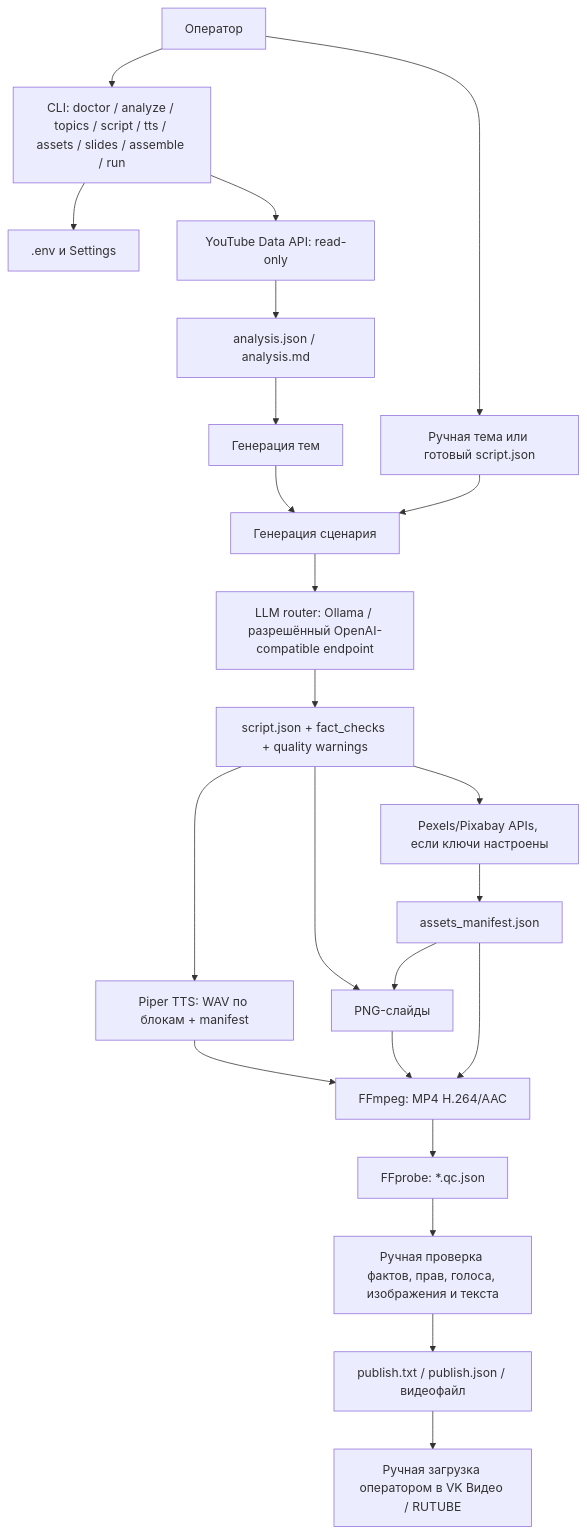
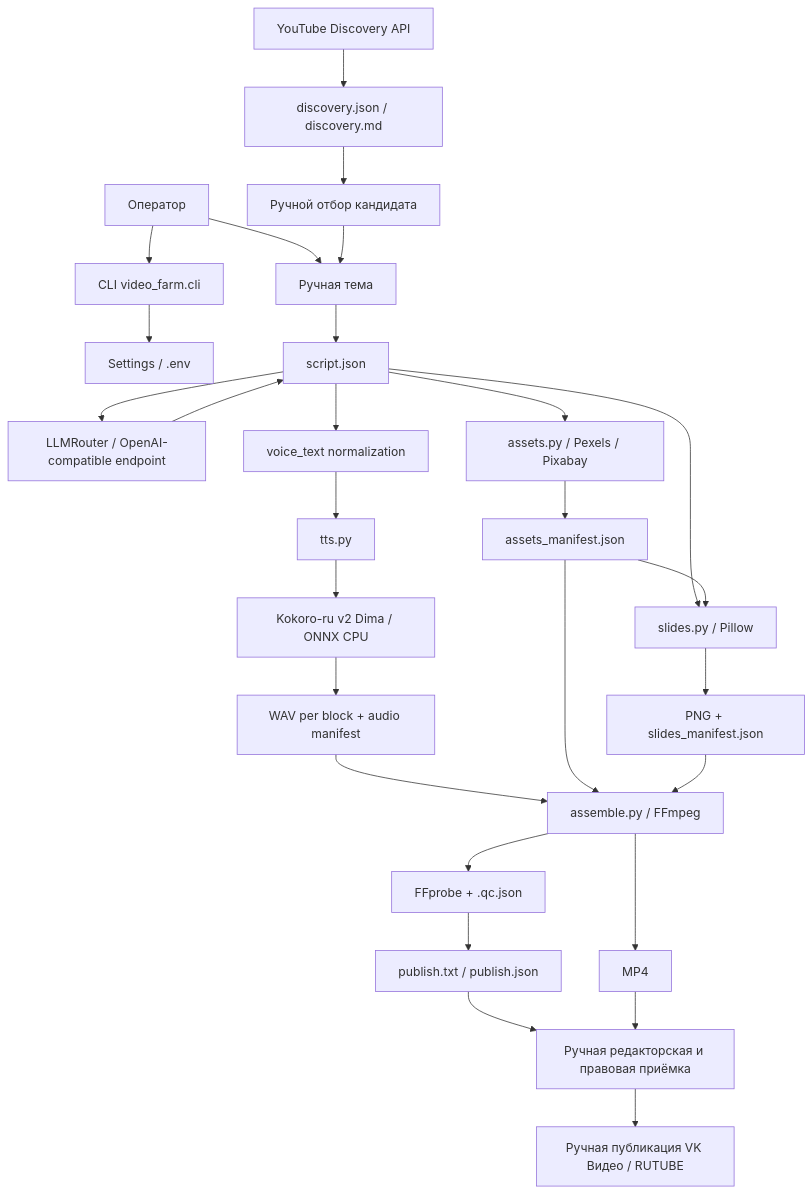
The diagram in docs/02_architecture.md (PurusCode/AI_Video_Factory_RU), drawn with Mermaid before and after one commit. The commit also changed other lines of this file and 7 other files, not shown here.

Commit message:
Refresh architecture and production E2E documentation

````diff
--- a/docs/02_architecture.md
+++ b/docs/02_architecture.md
@@ -59,25 +38,30 @@
 ```mermaid
 flowchart TD
-    USER[Оператор] --> CLI[CLI: doctor / analyze / topics / script / tts / assets / slides / assemble / run]
-    CLI --> CFG[.env и Settings]
-    CLI --> YT[YouTube Data API: read-only]
-    YT --> ANALYSIS[analysis.json / analysis.md]
-    ANALYSIS --> TOPICS[Генерация тем]
-    USER --> TOPIC[Ручная тема или готовый script.json]
-    TOPICS --> SCRIPT[Генерация сценария]
-    TOPIC --> SCRIPT
-    SCRIPT --> LLM[LLM router: Ollama / разрешённый OpenAI-compatible endpoint]
-    LLM --> JSON[script.json + fact_checks + quality warnings]
-    JSON --> PIPER[Piper TTS: WAV по блокам + manifest]
-    JSON --> STOCKS[Pexels/Pixabay APIs, если ключи настроены]
-    STOCKS --> ASSETMAN[assets_manifest.json]
-    JSON --> SLIDES[PNG-слайды]
-    ASSETMAN --> SLIDES
-    PIPER --> FFMPEG[FFmpeg: MP4 H.264/AAC]
-    SLIDES --> FFMPEG
-    ASSETMAN --> FFMPEG
-    FFMPEG --> QC[FFprobe: *.qc.json]
-    QC --> REVIEW[Ручная проверка фактов, прав, голоса, изображения и текста]
-    REVIEW --> PACKAGE[publish.txt / publish.json / видеофайл]
-    PACKAGE --> MANUAL[Ручная загрузка оператором в VK Видео / RUTUBE]
+    OP[Оператор] --> CLI[CLI video_farm.cli]
+    CLI --> CFG[Settings / .env]
+    OP --> TOPIC[Ручная тема]
+    DISC[YouTube Discovery API] --> REPORT[discovery.json / discovery.md]
+    REPORT --> REVIEW[Ручной отбор кандидата]
+    REVIEW --> TOPIC
+    TOPIC --> SCRIPT[script.json]
+    SCRIPT --> LLM[LLMRouter / OpenAI-compatible endpoint]
+    LLM --> SCRIPT
+    SCRIPT --> NORMALIZE[voice_text normalization]
+    NORMALIZE --> TTS[tts.py]
+    TTS --> KOKORO[Kokoro-ru v2 Dima / ONNX CPU]
+    KOKORO --> AUDIO[WAV per block + audio manifest]
+    SCRIPT --> ASSETS[assets.py / Pexels / Pixabay]
+    ASSETS --> AM[assets_manifest.json]
+    SCRIPT --> SLIDES[slides.py / Pillow]
+    AM --> SLIDES
+    SLIDES --> SM[PNG + slides_manifest.json]
+    AUDIO --> ASM[assemble.py / FFmpeg]
+    AM --> ASM
+    SM --> ASM
+    ASM --> MP4[MP4]
+    ASM --> QC[FFprobe + .qc.json]
+    QC --> DESC[publish.txt / publish.json]
+    DESC --> HUMAN[Ручная редакторская и правовая приёмка]
+    MP4 --> HUMAN
+    HUMAN --> MANUAL[Ручная публикация VK Видео / RUTUBE]
 ```
````
